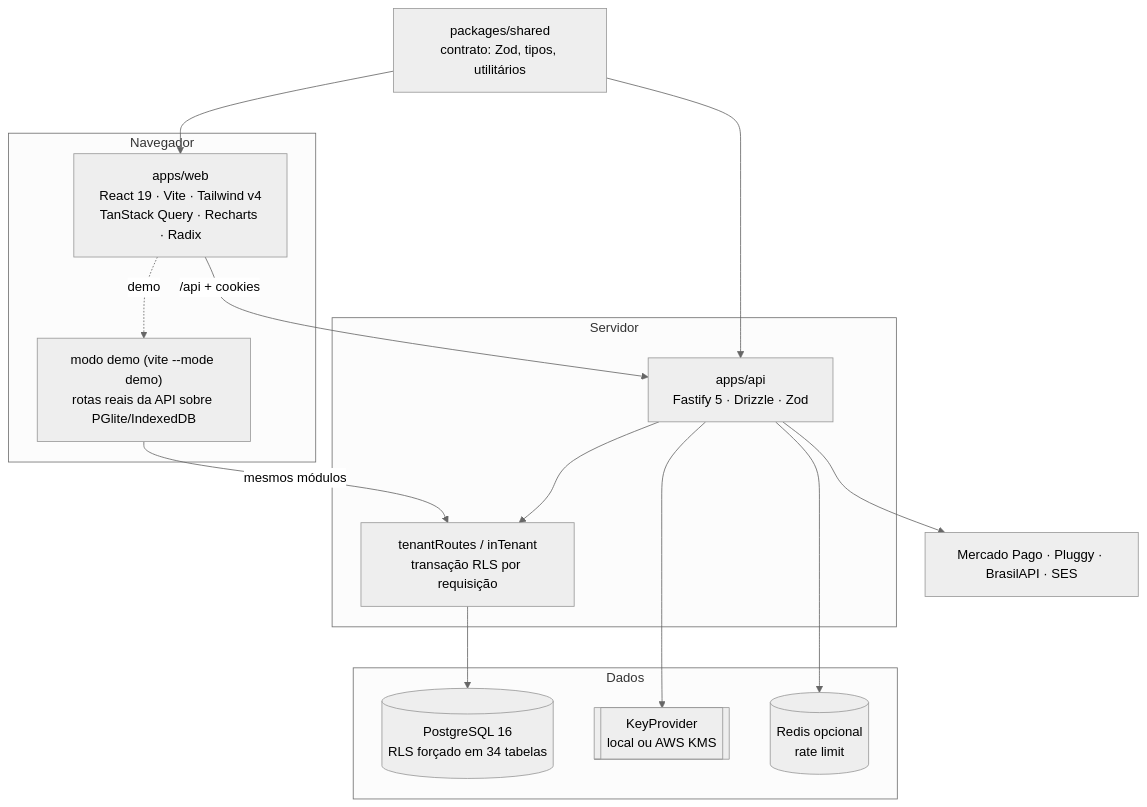
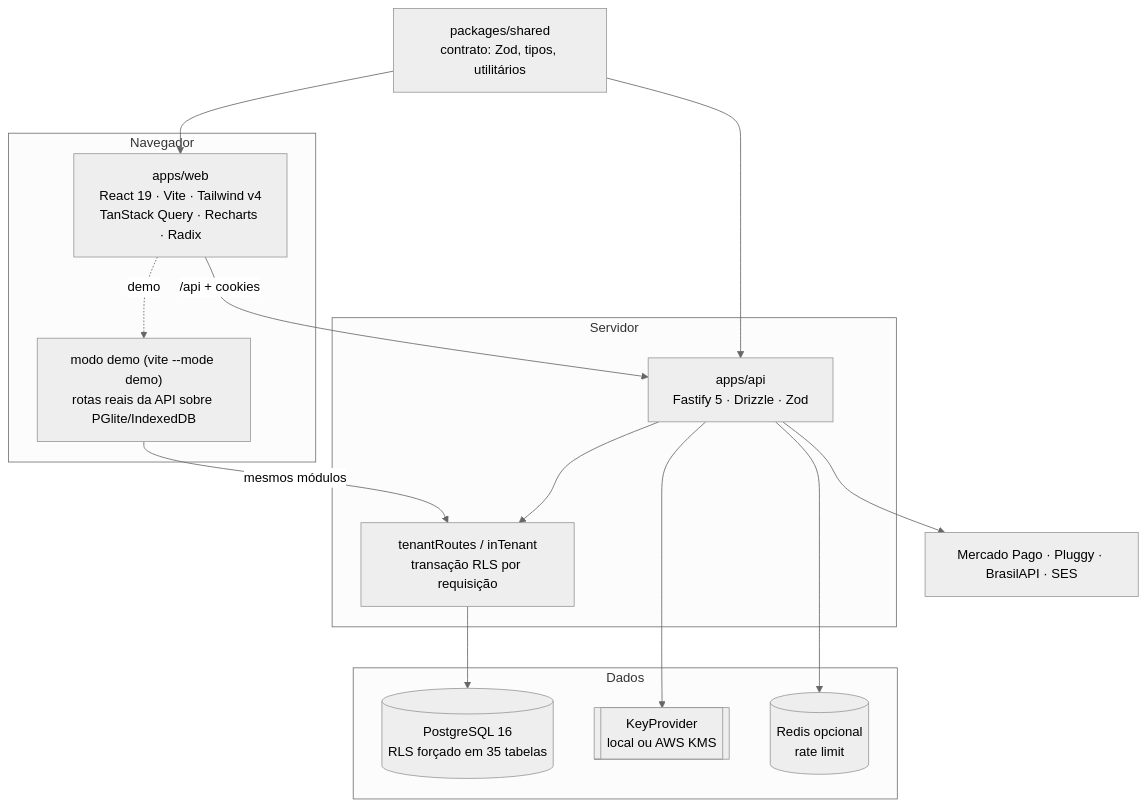
Before and after one commit to israelxcosta/efficio: the first of 2 diagrams in sistema/docs/CODEBASE_MAP.md, drawn with Mermaid (neutral theme). The commit also changed other lines of this file and 31 other files, not shown here.

````diff
--- a/sistema/docs/CODEBASE_MAP.md
+++ b/sistema/docs/CODEBASE_MAP.md
@@ -23,28 +23,28 @@
 ```mermaid
 graph TB
     subgraph Navegador
         Web["apps/web<br/>React 19 · Vite · Tailwind v4<br/>TanStack Query · Recharts · Radix"]
         Demo["modo demo (vite --mode demo)<br/>rotas reais da API sobre PGlite/IndexedDB"]
     end
     subgraph Servidor
         API["apps/api<br/>Fastify 5 · Drizzle · Zod"]
         Tenant["tenantRoutes / inTenant<br/>transação RLS por requisição"]
     end
     subgraph Dados
-        PG[("PostgreSQL 16<br/>RLS forçado em 34 tabelas")]
+        PG[("PostgreSQL 16<br/>RLS forçado em 35 tabelas")]
         KMS[["KeyProvider<br/>local ou AWS KMS"]]
         Redis[("Redis opcional<br/>rate limit")]
     end
     Shared["packages/shared<br/>contrato: Zod, tipos, utilitários"]
     Ext["Mercado Pago · Pluggy · BrasilAPI · SES"]
 
     Web -->|"/api + cookies"| API
     Web -.->|demo| Demo
     Demo -->|mesmos módulos| Tenant
     API --> Tenant --> PG
     API --> KMS
     API --> Redis
     API --> Ext
     Shared --> Web
     Shared --> API
 ```
````
